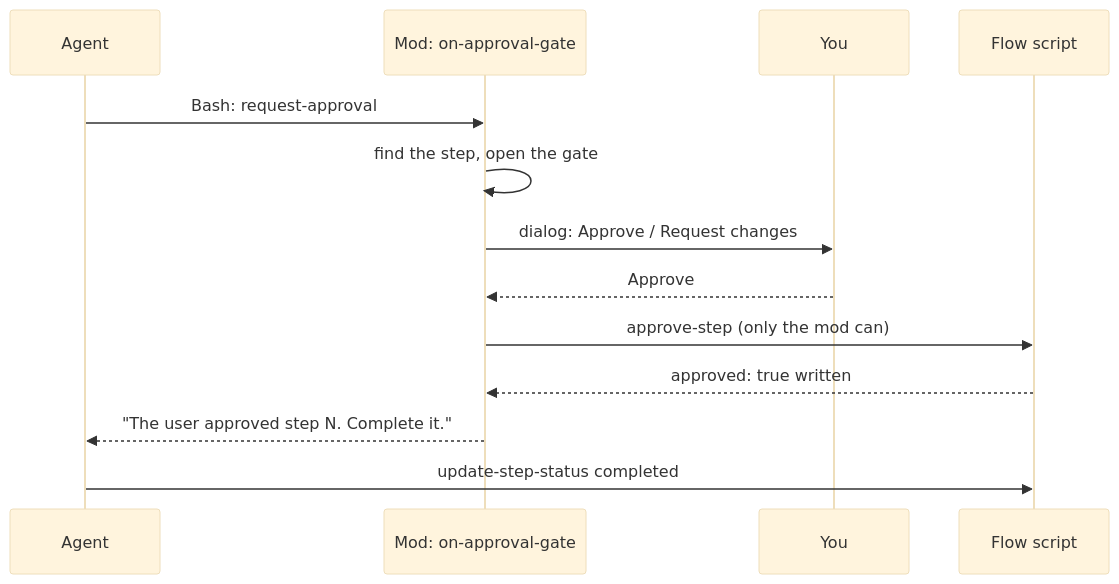
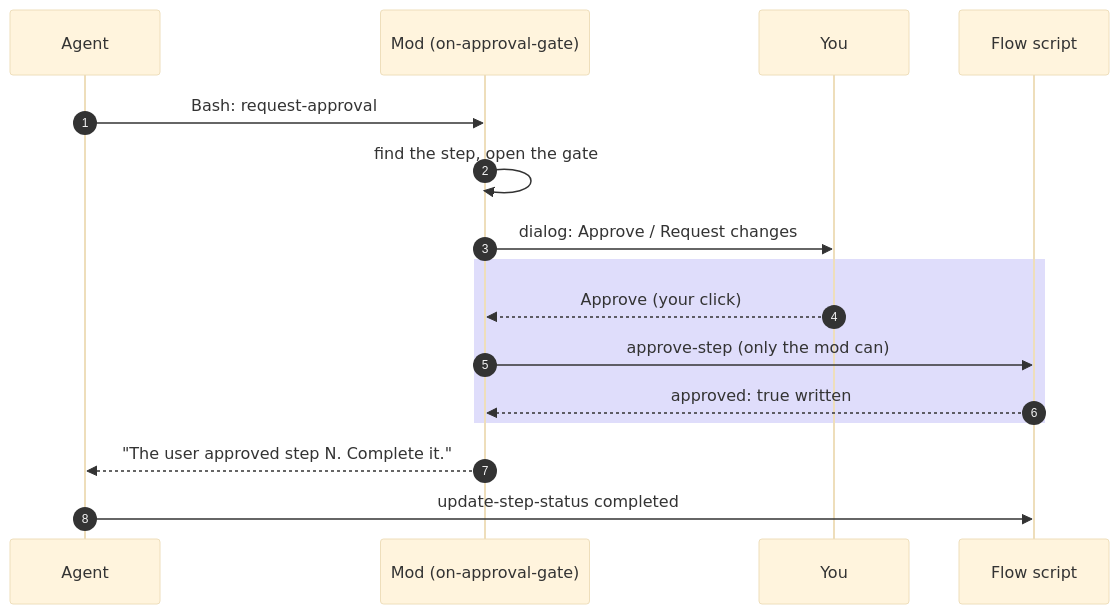
The second of 2 diagrams in site/design/guards/approval-gate.mdx (HMTools/ZeremAI), drawn with Mermaid (base theme) before and after one commit. The commit also changed other lines of this file and 8 other files, not shown here.

First line of the commit message:
refactor: Enhance design documentation diagrams for clarity

````diff
--- a/site/design/guards/approval-gate.mdx
+++ b/site/design/guards/approval-gate.mdx
@@ -34,15 +35,18 @@
 ```mermaid
 sequenceDiagram
+  autonumber
   participant A as Agent
-  participant G as Mod: on-approval-gate
+  participant G as Mod (on-approval-gate)
   participant U as You
   participant S as Flow script
   A->>G: Bash: request-approval
   G->>G: find the step, open the gate
   G->>U: dialog: Approve / Request changes
-  U-->>G: Approve
-  G->>S: approve-step (only the mod can)
-  S-->>G: approved: true written
+  rect rgba(79, 70, 229, 0.18)
+    U-->>G: Approve (your click)
+    G->>S: approve-step (only the mod can)
+    S-->>G: approved: true written
+  end
   G-->>A: "The user approved step N. Complete it."
   A->>S: update-step-status completed
 ```
````
